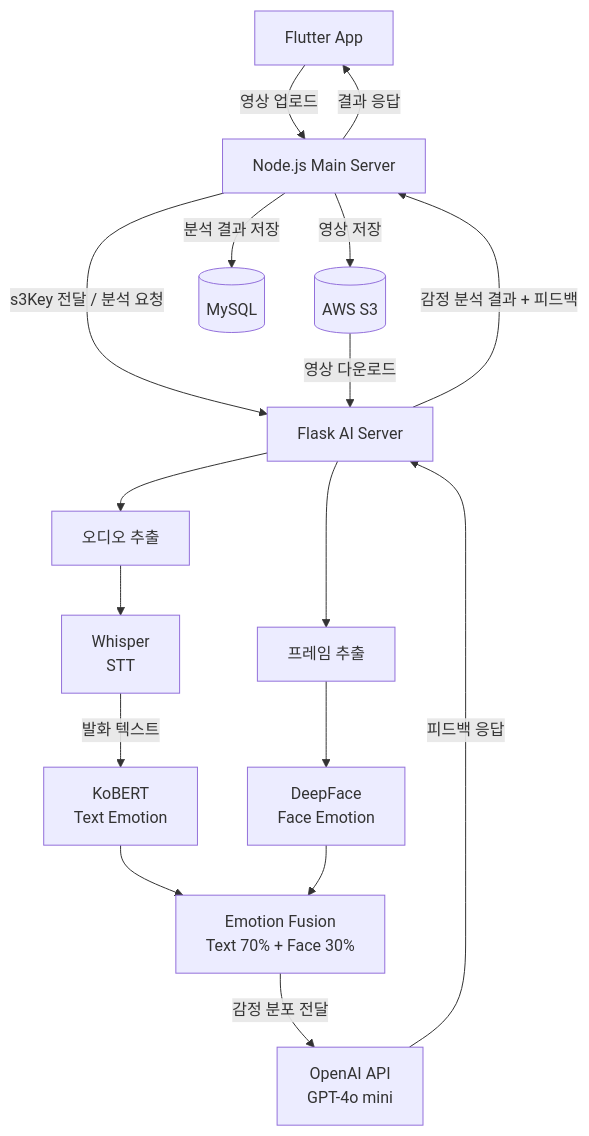
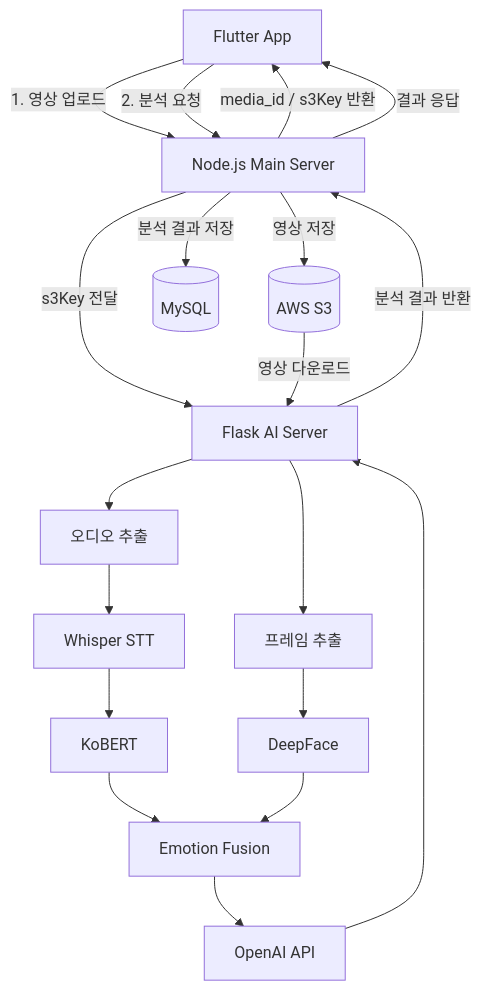
One commit to 1rkdwlgns1/emotion-diary changed the first of 2 diagrams in README.md. Above: the diagram before and after it, drawn with Mermaid. The commit also changed other lines of this file, not shown here.

````diff
--- a/README.md
+++ b/README.md
@@ -90,42 +95,42 @@
 ```mermaid
 flowchart TD
     Flutter["Flutter App"]
     Node["Node.js Main Server"]
     S3[("AWS S3")]
+    DB[("MySQL")]
     Flask["Flask AI Server"]
 
     Audio["오디오 추출"]
     Frame["프레임 추출"]
+    Whisper["Whisper STT"]
+    KoBERT["KoBERT"]
+    DeepFace["DeepFace"]
+    Fusion["Emotion Fusion"]
+    GPT["OpenAI API"]
 
-    Whisper["Whisper<br/>STT"]
-    KoBERT["KoBERT<br/>Text Emotion"]
-    DeepFace["DeepFace<br/>Face Emotion"]
+    Flutter -->|"1. 영상 업로드"| Node
+    Node -->|"영상 저장"| S3
+    Node -->|"media_id / s3Key 반환"| Flutter
 
-    Fusion["Emotion Fusion<br/>Text 70% + Face 30%"]
-    GPT["OpenAI API<br/>GPT-4o mini"]
-    DB[("MySQL")]
-
-    Flutter -->|"영상 업로드"| Node
-    Node -->|"영상 저장"| S3
-
-    Node -->|"s3Key 전달 / 분석 요청"| Flask
+    Flutter -->|"2. 분석 요청"| Node
+    Node -->|"s3Key 전달"| Flask
     S3 -->|"영상 다운로드"| Flask
 
     Flask --> Audio
     Flask --> Frame
 
     Audio --> Whisper
-    Whisper -->|"발화 텍스트"| KoBERT
+    Whisper --> KoBERT
 
     Frame --> DeepFace
 
     KoBERT --> Fusion
     DeepFace --> Fusion
 
-    Fusion -->|"감정 분포 전달"| GPT
-    GPT -->|"피드백 응답"| Flask
+    Fusion --> GPT
+    GPT --> Flask
 
-    Flask -->|"감정 분석 결과 + 피드백"| Node
+    Flask -->|"분석 결과 반환"| Node
     Node -->|"분석 결과 저장"| DB
     Node -->|"결과 응답"| Flutter
 ```
````
